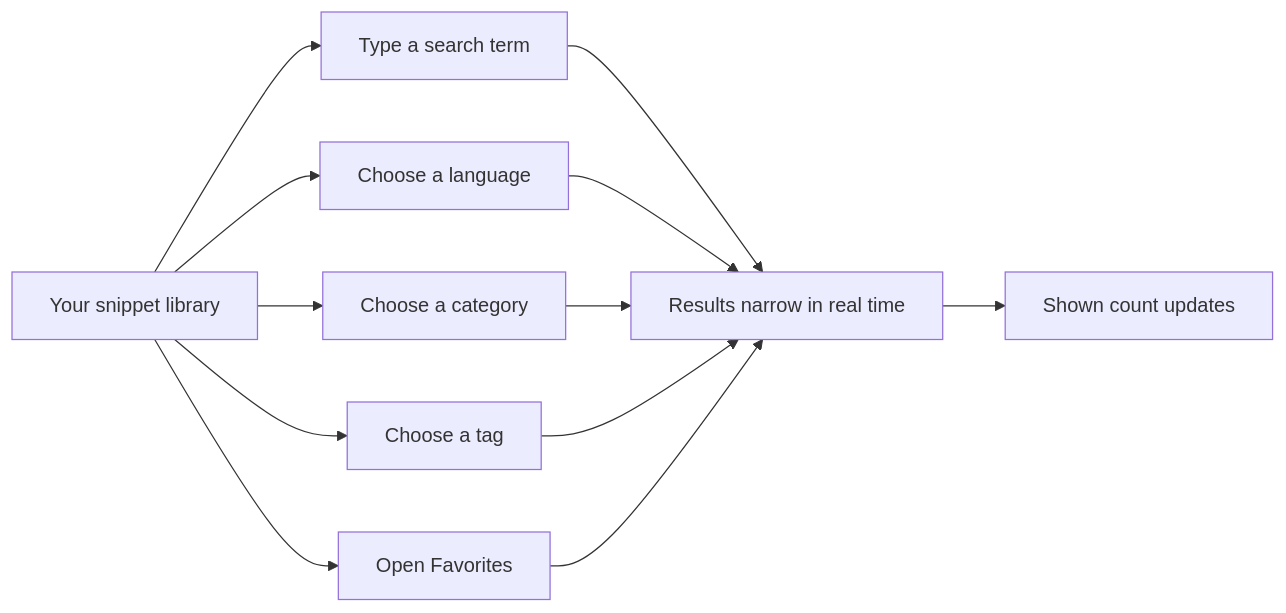
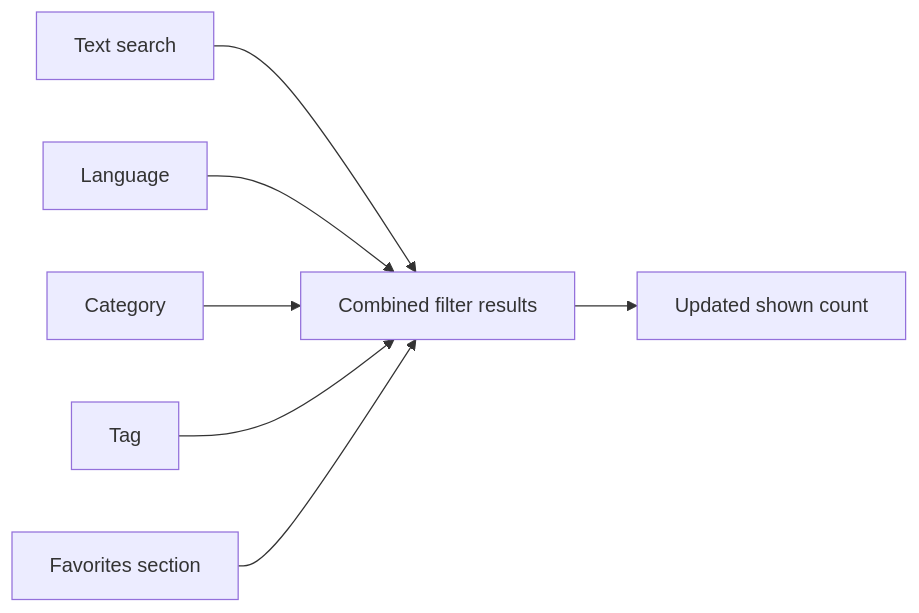
Before and after one commit to Mohita111/API2: the first of 2 diagrams in api2-documentation/plan_2026-11-02_f8890e/user-facing-docs/search-and-filter.md, drawn with Mermaid. The commit also changed other lines of this file and 13 other files, not shown here.

````diff
--- a/api2-documentation/plan_2026-11-02_f8890e/user-facing-docs/search-and-filter.md
+++ b/api2-documentation/plan_2026-11-02_f8890e/user-facing-docs/search-and-filter.md
@@ -37,14 +39,9 @@
 ```mermaid
 graph LR
-    A["Your snippet library"] --> B["Type a search term"]
-    A --> C["Choose a language"]
-    A --> D["Choose a category"]
-    A --> E["Choose a tag"]
-    A --> F["Open Favorites"]
-    B --> G["Results narrow in real time"]
-    C --> G
-    D --> G
-    E --> G
-    F --> G
-    G --> H["Shown count updates"]
+    A[Text search] --> F[Combined filter results]
+    B[Language] --> F
+    C[Category] --> F
+    D[Tag] --> F
+    E[Favorites section] --> F
+    F --> G[Updated shown count]
 ```
````
